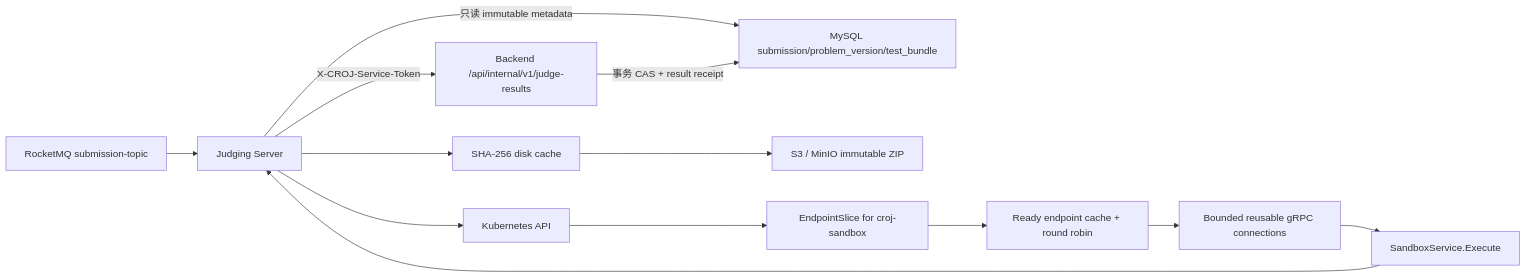
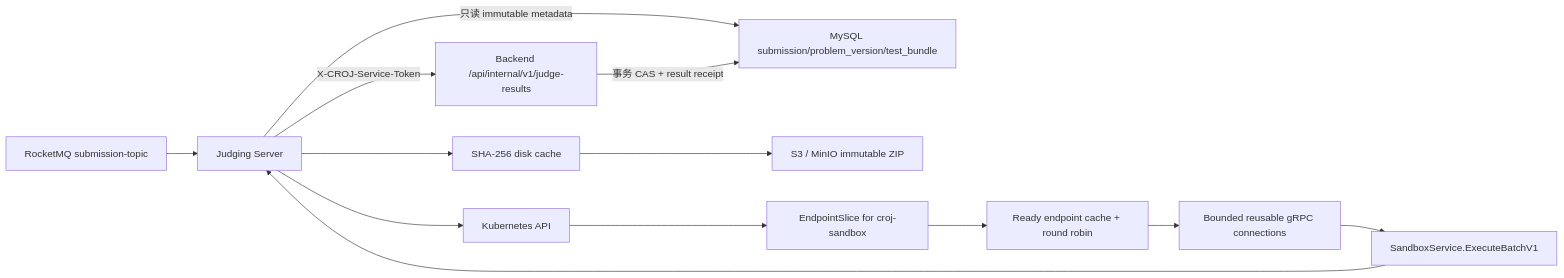
Before and after one commit to CodeRushOJ/croj-judging-server: the diagram in README.md, drawn with Mermaid. The commit also changed other lines of this file and 11 other files, not shown here.

Commit message:
feat(judge): execute hidden cases in one batch

````diff
--- a/README.md
+++ b/README.md
@@ -11,15 +11,15 @@
 ```mermaid
 flowchart LR
     MQ["RocketMQ submission-topic"] --> Judge["Judging Server"]
     Judge -->|"只读 immutable metadata"| DB["MySQL submission/problem_version/test_bundle"]
     Judge --> Cache["SHA-256 disk cache"]
     Cache --> MinIO["S3 / MinIO immutable ZIP"]
     Judge --> API["Kubernetes API"]
     API --> ES["EndpointSlice for croj-sandbox"]
     ES --> Scheduler["Ready endpoint cache + round robin"]
     Scheduler --> GRPC["Bounded reusable gRPC connections"]
-    GRPC --> Sandbox["SandboxService.Execute"]
+    GRPC --> Sandbox["SandboxService.ExecuteBatchV1"]
     Sandbox --> Judge
     Judge -->|"X-CROJ-Service-Token"| Backend["Backend /api/internal/v1/judge-results"]
     Backend -->|"事务 CAS + result receipt"| DB
 ```
````
